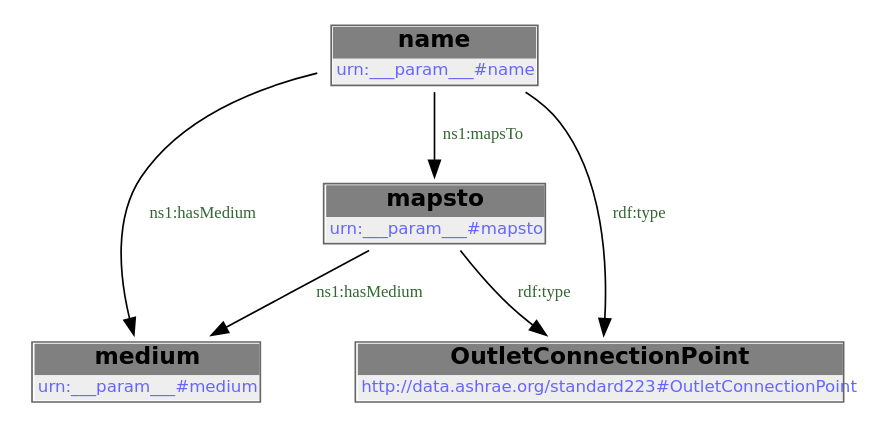
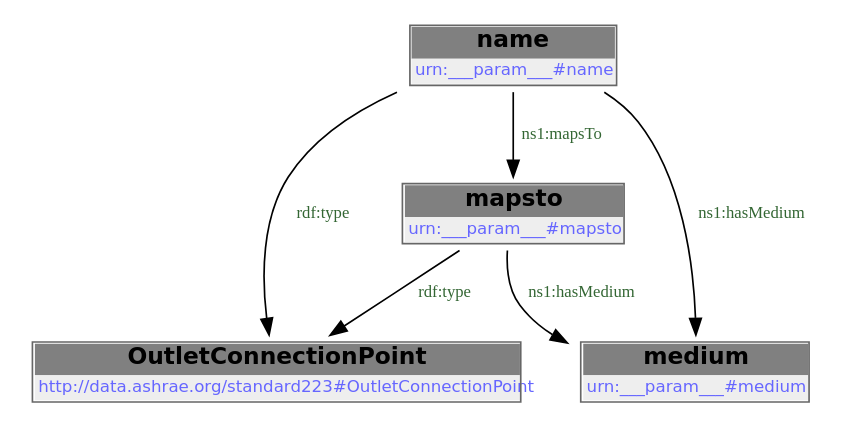
Before and after one commit to DataDrivenCPS/water-ontology: the second of 2 diagrams in docs/libraries/templates/outlet-cp.rst, drawn with Graphviz. The commit also changed other lines of this file and 33 other files, not shown here.

```diff
--- a/docs/libraries/templates/outlet-cp.rst
+++ b/docs/libraries/templates/outlet-cp.rst
@@ -94,14 +94,14 @@
         .. graphviz::
 
                 digraph G {
             node [fontname="DejaVu Sans"];
-            node0 -> node1 [color=BLACK, label=< <font point-size='10' color='#336633'>ns1:mapsTo</font> >];
-            node1 -> node2 [color=BLACK, label=< <font point-size='10' color='#336633'>ns1:hasMedium</font> >];
-            node1 -> node3 [color=BLACK, label=< <font point-size='10' color='#336633'>rdf:type</font> >];
-            node0 -> node2 [color=BLACK, label=< <font point-size='10' color='#336633'>ns1:hasMedium</font> >];
-            node0 -> node3 [color=BLACK, label=< <font point-size='10' color='#336633'>rdf:type</font> >];
-            node0 [shape=none, color=black, label=< <table color='#666666' cellborder='0' cellspacing='0' border='1'><tr><td colspan='2' bgcolor='grey'><B>name</B></td></tr><tr><td href='urn:___param___#name' bgcolor='#eeeeee' colspan='2'><font point-size='10' color='#6666ff'>urn:___param___#name</font></td></tr></table> >];
-            node1 [shape=none, color=black, label=< <table color='#666666' cellborder='0' cellspacing='0' border='1'><tr><td colspan='2' bgcolor='grey'><B>mapsto</B></td></tr><tr><td href='urn:___param___#mapsto' bgcolor='#eeeeee' colspan='2'><font point-size='10' color='#6666ff'>urn:___param___#mapsto</font></td></tr></table> >];
-            node2 [shape=none, color=black, label=< <table color='#666666' cellborder='0' cellspacing='0' border='1'><tr><td colspan='2' bgcolor='grey'><B>medium</B></td></tr><tr><td href='urn:___param___#medium' bgcolor='#eeeeee' colspan='2'><font point-size='10' color='#6666ff'>urn:___param___#medium</font></td></tr></table> >];
-            node3 [shape=none, color=black, label=< <table color='#666666' cellborder='0' cellspacing='0' border='1'><tr><td colspan='2' bgcolor='grey'><B>OutletConnectionPoint</B></td></tr><tr><td href='http://data.ashrae.org/standard223#OutletConnectionPoint' bgcolor='#eeeeee' colspan='2'><font point-size='10' color='#6666ff'>http://data.ashrae.org/standard223#OutletConnectionPoint</font></td></tr></table> >];
+            node0 -> node1 [color=BLACK, label=< <font point-size='10' color='#336633'>rdf:type</font> >];
+            node2 -> node1 [color=BLACK, label=< <font point-size='10' color='#336633'>rdf:type</font> >];
+            node2 -> node0 [color=BLACK, label=< <font point-size='10' color='#336633'>ns1:mapsTo</font> >];
+            node0 -> node3 [color=BLACK, label=< <font point-size='10' color='#336633'>ns1:hasMedium</font> >];
+            node2 -> node3 [color=BLACK, label=< <font point-size='10' color='#336633'>ns1:hasMedium</font> >];
+            node0 [shape=none, color=black, label=< <table color='#666666' cellborder='0' cellspacing='0' border='1'><tr><td colspan='2' bgcolor='grey'><B>mapsto</B></td></tr><tr><td href='urn:___param___#mapsto' bgcolor='#eeeeee' colspan='2'><font point-size='10' color='#6666ff'>urn:___param___#mapsto</font></td></tr></table> >];
+            node1 [shape=none, color=black, label=< <table color='#666666' cellborder='0' cellspacing='0' border='1'><tr><td colspan='2' bgcolor='grey'><B>OutletConnectionPoint</B></td></tr><tr><td href='http://data.ashrae.org/standard223#OutletConnectionPoint' bgcolor='#eeeeee' colspan='2'><font point-size='10' color='#6666ff'>http://data.ashrae.org/standard223#OutletConnectionPoint</font></td></tr></table> >];
+            node2 [shape=none, color=black, label=< <table color='#666666' cellborder='0' cellspacing='0' border='1'><tr><td colspan='2' bgcolor='grey'><B>name</B></td></tr><tr><td href='urn:___param___#name' bgcolor='#eeeeee' colspan='2'><font point-size='10' color='#6666ff'>urn:___param___#name</font></td></tr></table> >];
+            node3 [shape=none, color=black, label=< <table color='#666666' cellborder='0' cellspacing='0' border='1'><tr><td colspan='2' bgcolor='grey'><B>medium</B></td></tr><tr><td href='urn:___param___#medium' bgcolor='#eeeeee' colspan='2'><font point-size='10' color='#6666ff'>urn:___param___#medium</font></td></tr></table> >];
             }
```
